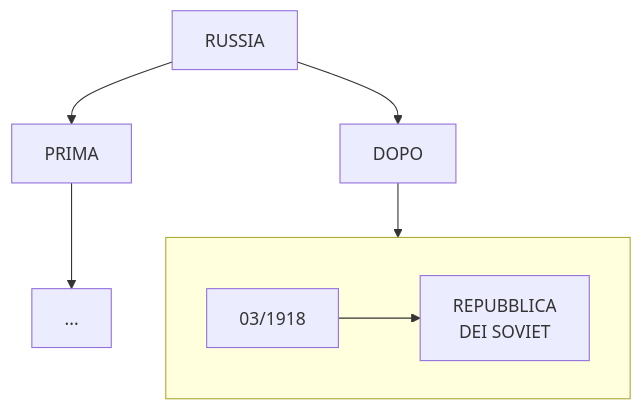
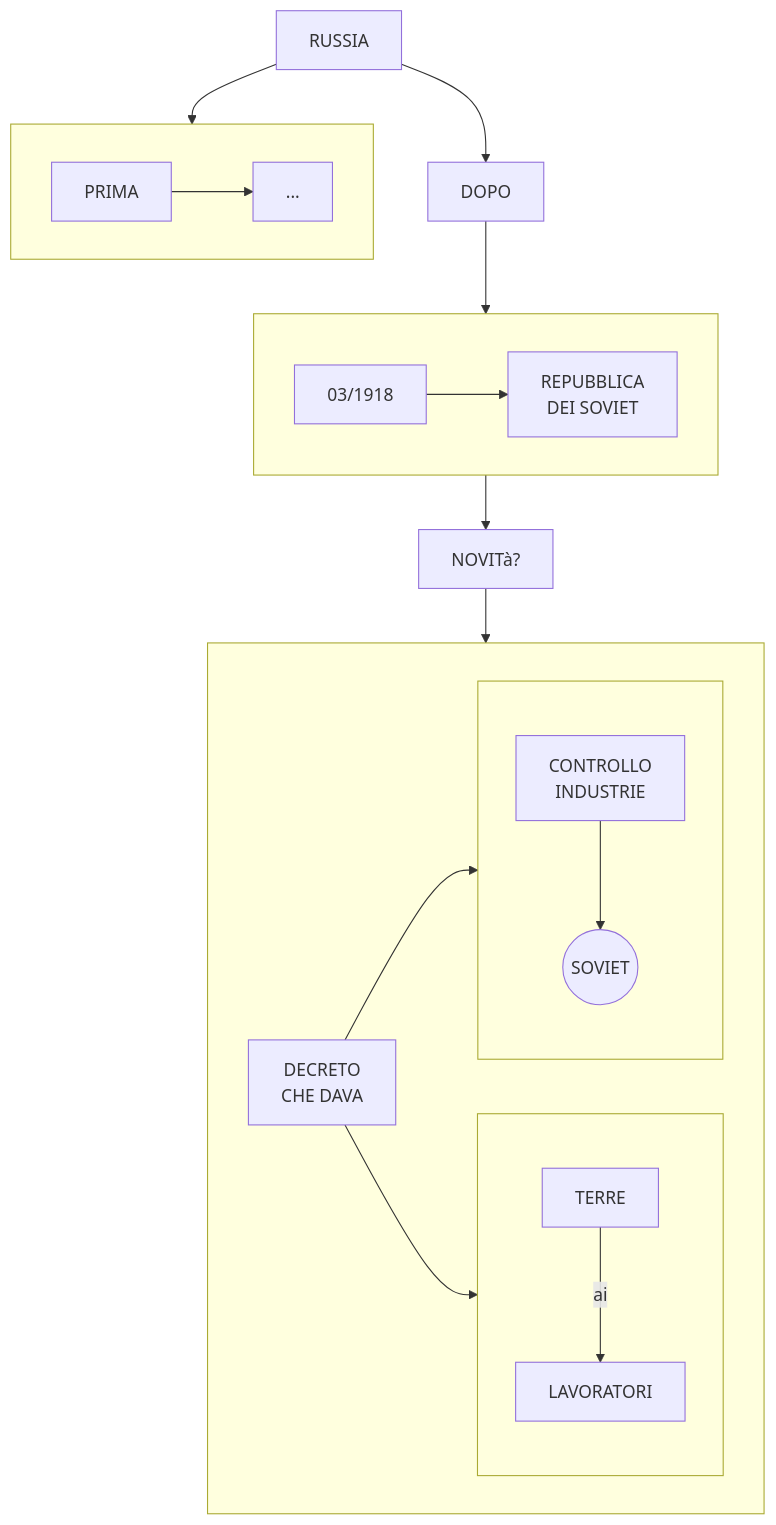
Before and after one commit to Laaouatni/ricerca-storia-MermaidJS: the second of 2 diagrams in stalinismo.md, drawn with Mermaid.

````diff
--- a/stalinismo.md
+++ b/stalinismo.md
@@ -34,14 +34,29 @@
 ```mermaid
 flowchart TB
     0[RUSSIA]
-    01[PRIMA]
-    010[...]
+    subgraph 01[" "]
+        010[PRIMA] -->
+        0100[...]
+    end
     02[DOPO]
     subgraph 020[" "]
         0200[03/1918] -->
         02000[REPUBBLICA <br> DEI SOVIET]
     end
-
-    0 --> 01 --> 010
+    03[NOVITà?]
+    subgraph 033[" "]
+        030[DECRETO <br> CHE DAVA]
+        subgraph 031[" "]
+            0310[TERRE] --> |ai| 03100[LAVORATORI]
+        end
+        subgraph 032[" "]
+            0320[CONTROLLO<br>INDUSTRIE]
+            03200((SOVIET))
+            0320 --> 03200
+        end
+        030 --> 031 & 032
+    end
+    0 --> 01
     0 --> 02 --> 020
+    020 --> 03 --> 033
 ```
````
